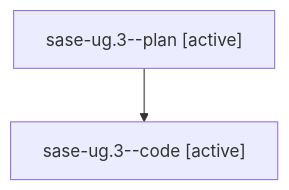
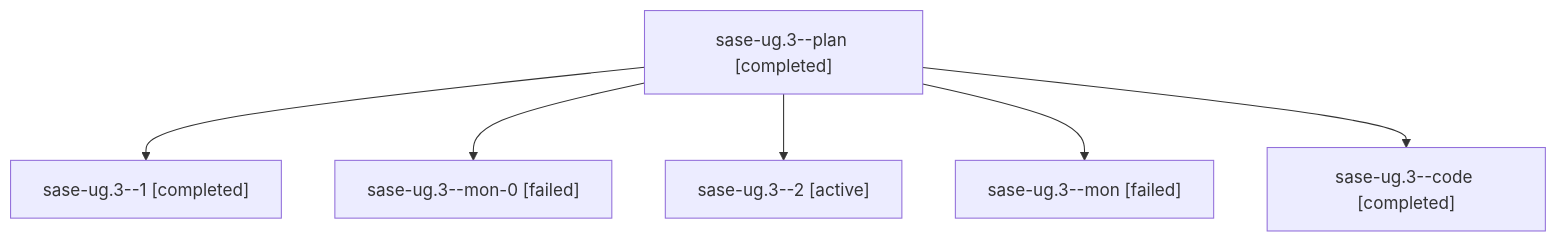
The diagram in families/bbugyi200.athena.sase-ug.3.md (sase-org/sase--agents), drawn with Mermaid before and after one commit. The commit also changed other lines of this file and 75 other files, not shown here.

````diff
--- a/families/bbugyi200.athena.sase-ug.3.md
+++ b/families/bbugyi200.athena.sase-ug.3.md
@@ -9,6 +9,14 @@
 ```mermaid
 flowchart TD
-  n0["sase-ug.3--plan [active]"]
-  n1["sase-ug.3--code [active]"]
+  n0["sase-ug.3--plan [completed]"]
+  n1["sase-ug.3--1 [completed]"]
   n0 --> n1
+  n2["sase-ug.3--mon-0 [failed]"]
+  n0 --> n2
+  n3["sase-ug.3--2 [active]"]
+  n0 --> n3
+  n4["sase-ug.3--mon [failed]"]
+  n0 --> n4
+  n5["sase-ug.3--code [completed]"]
+  n0 --> n5
 ```
````
